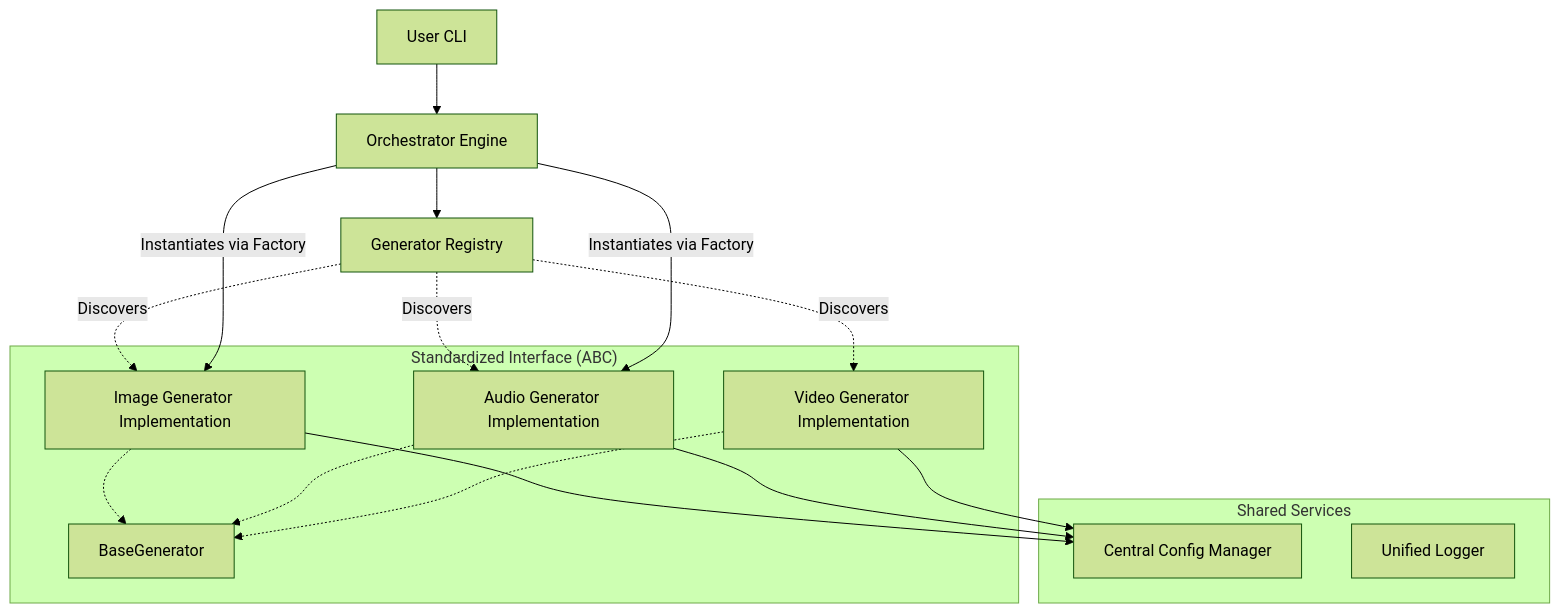
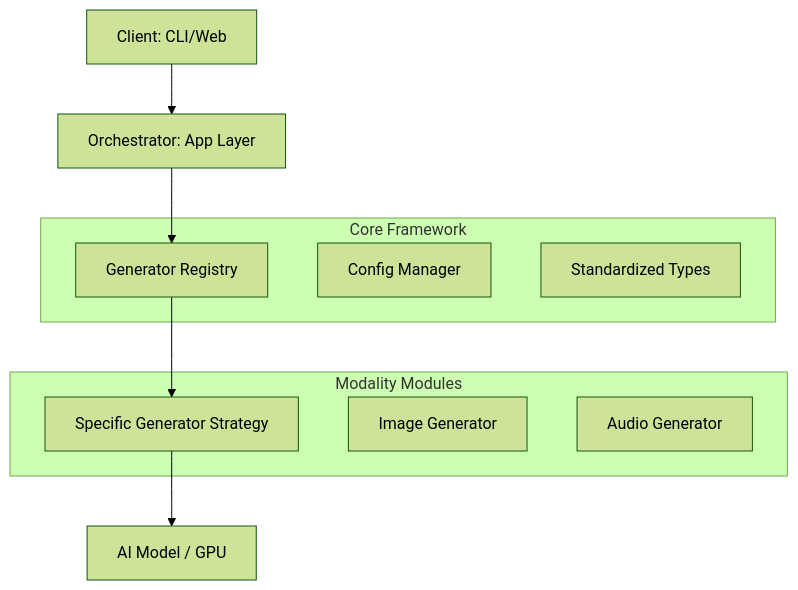
The first of 2 diagrams in docs/reports/architectural_report.md (ai-warevo/ggena), drawn with Mermaid (forest theme) before and after one commit. The commit also changed other lines of this file and 3 other files, not shown here.

````diff
--- a/docs/reports/architectural_report.md
+++ b/docs/reports/architectural_report.md
@@ -49,26 +57,19 @@
 ```mermaid
 graph TD
-    User[User CLI] --> Orchestrator[Orchestrator Engine]
+    Client[Client: CLI/Web] --> Orchestrator[Orchestrator: App Layer]
     Orchestrator --> Registry[Generator Registry]
-    Registry -.->|Discovers| Impl1[Image Generator Implementation]
-    Registry -.->|Discovers| Impl2[Audio Generator Implementation]
-    Registry -.->|Discovers| Impl3[Video Generator Implementation]
+    Registry --> Generator[Specific Generator Strategy]
+    Generator --> Model[AI Model / GPU]
     
-    Orchestrator -->|Instantiates via Factory| Impl1
-    Orchestrator -->|Instantiates via Factory| Impl2
-    
-    subgraph "Standardized Interface (ABC)"
-        Impl1 -.-> Base[BaseGenerator]
-        Impl2 -.-> Base
-        Impl3 -.-> Base
+    subgraph Core Framework
+        Registry
+        Config[Config Manager]
+        Types[Standardized Types]
     end
 
-    subgraph "Shared Services"
-        Config[Central Config Manager]
-        Logger[Unified Logger]
+    subgraph Modality Modules
+        Generator
+        ImageGen[Image Generator]
+        AudioGen[Audio Generator]
     end
-
-    Impl1 --> Config
-    Impl2 --> Config
-    Impl3 --> Config
 ```
````
